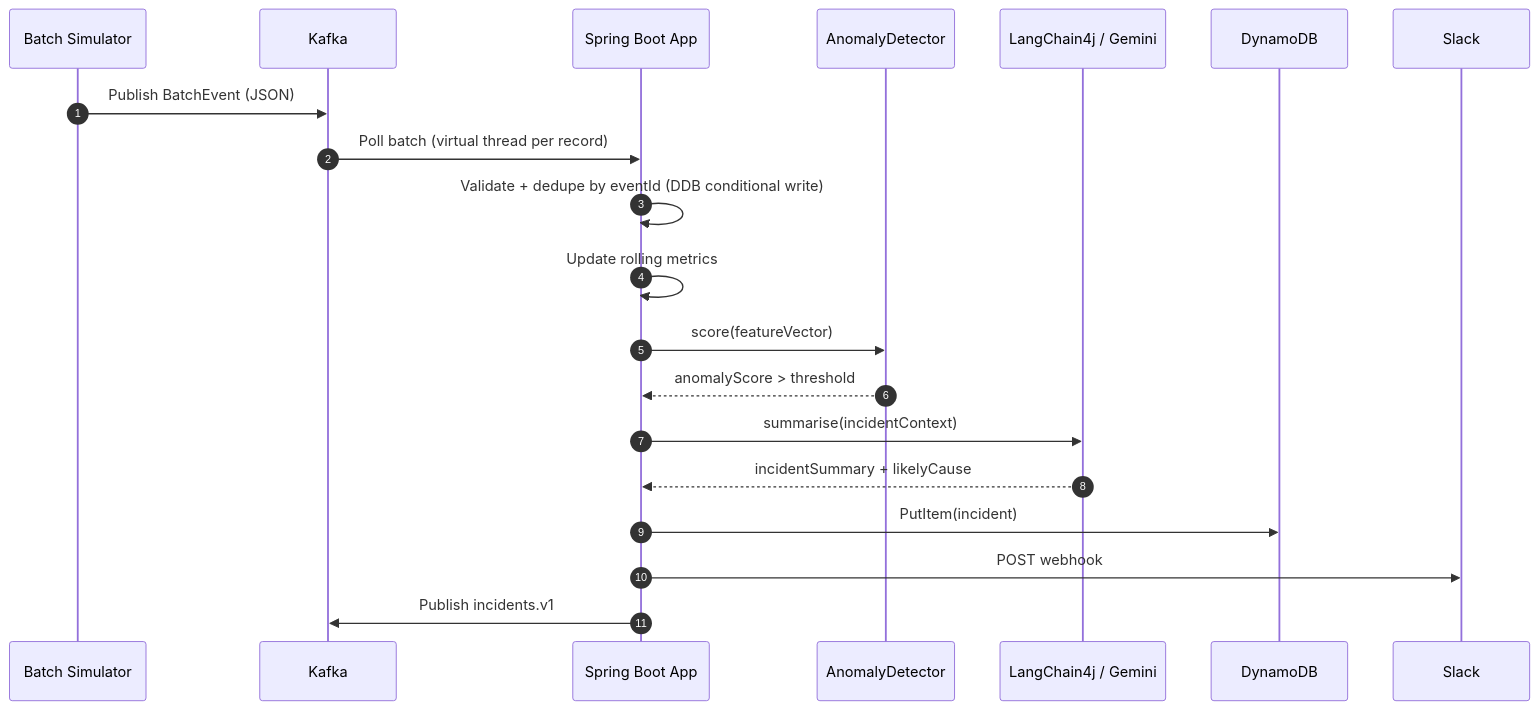
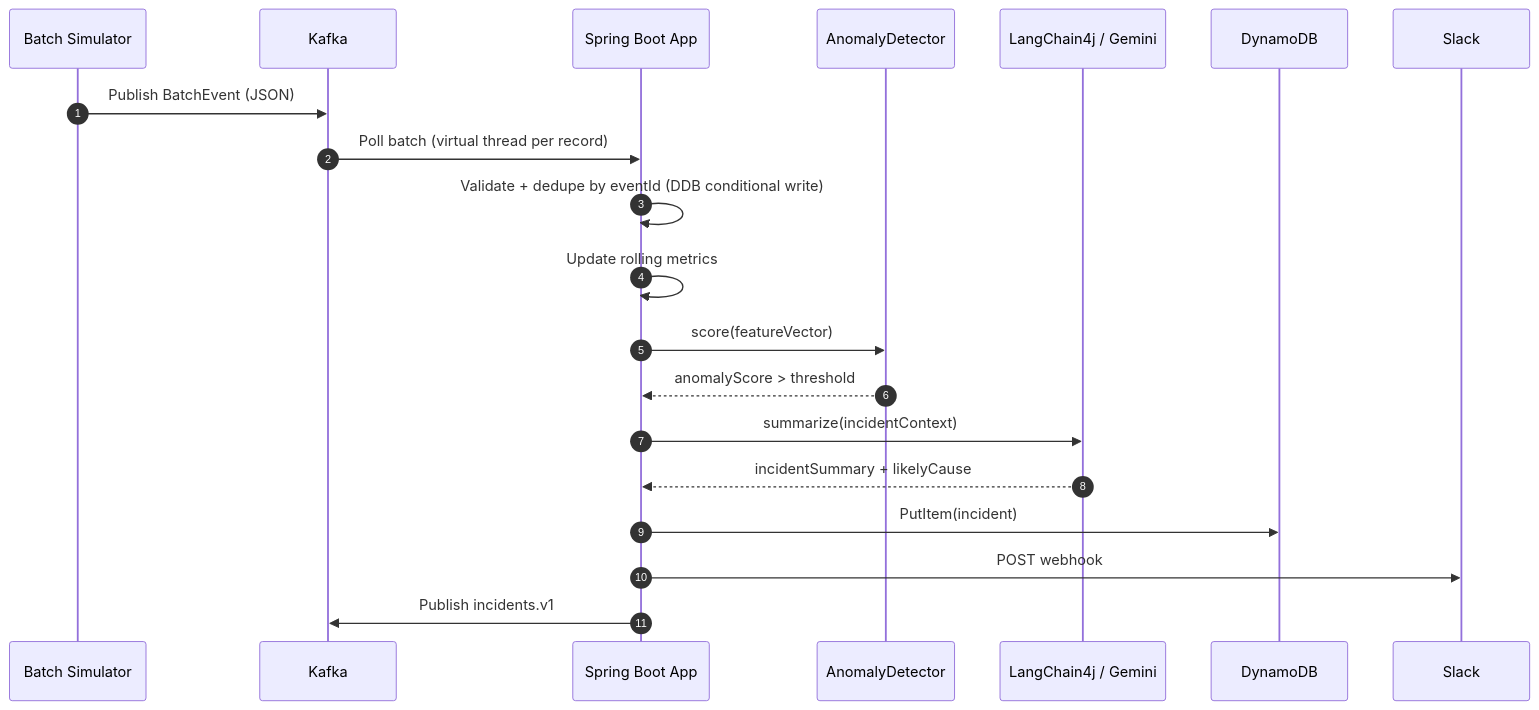
Before and after one commit to BibinFrancisK/intelligent-batch-incident-handler: the second of 3 diagrams in docs/architecture.md, drawn with Mermaid. The commit also changed other lines of this file and 33 other files, not shown here.

````diff
--- a/docs/architecture.md
+++ b/docs/architecture.md
@@ -67,23 +67,23 @@
 ```mermaid
 sequenceDiagram
     autonumber
     participant Sim as Batch Simulator
     participant K as Kafka
     participant App as Spring Boot App
     participant ML as AnomalyDetector
     participant LLM as LangChain4j / Gemini
     participant DDB as DynamoDB
     participant Slack
 
     Sim->>K: Publish BatchEvent (JSON)
     K->>App: Poll batch (virtual thread per record)
     App->>App: Validate + dedupe by eventId (DDB conditional write)
     App->>App: Update rolling metrics
     App->>ML: score(featureVector)
     ML-->>App: anomalyScore > threshold
-    App->>LLM: summarise(incidentContext)
+    App->>LLM: summarize(incidentContext)
     LLM-->>App: incidentSummary + likelyCause
     App->>DDB: PutItem(incident)
     App->>Slack: POST webhook
     App->>K: Publish incidents.v1
 ```
````
